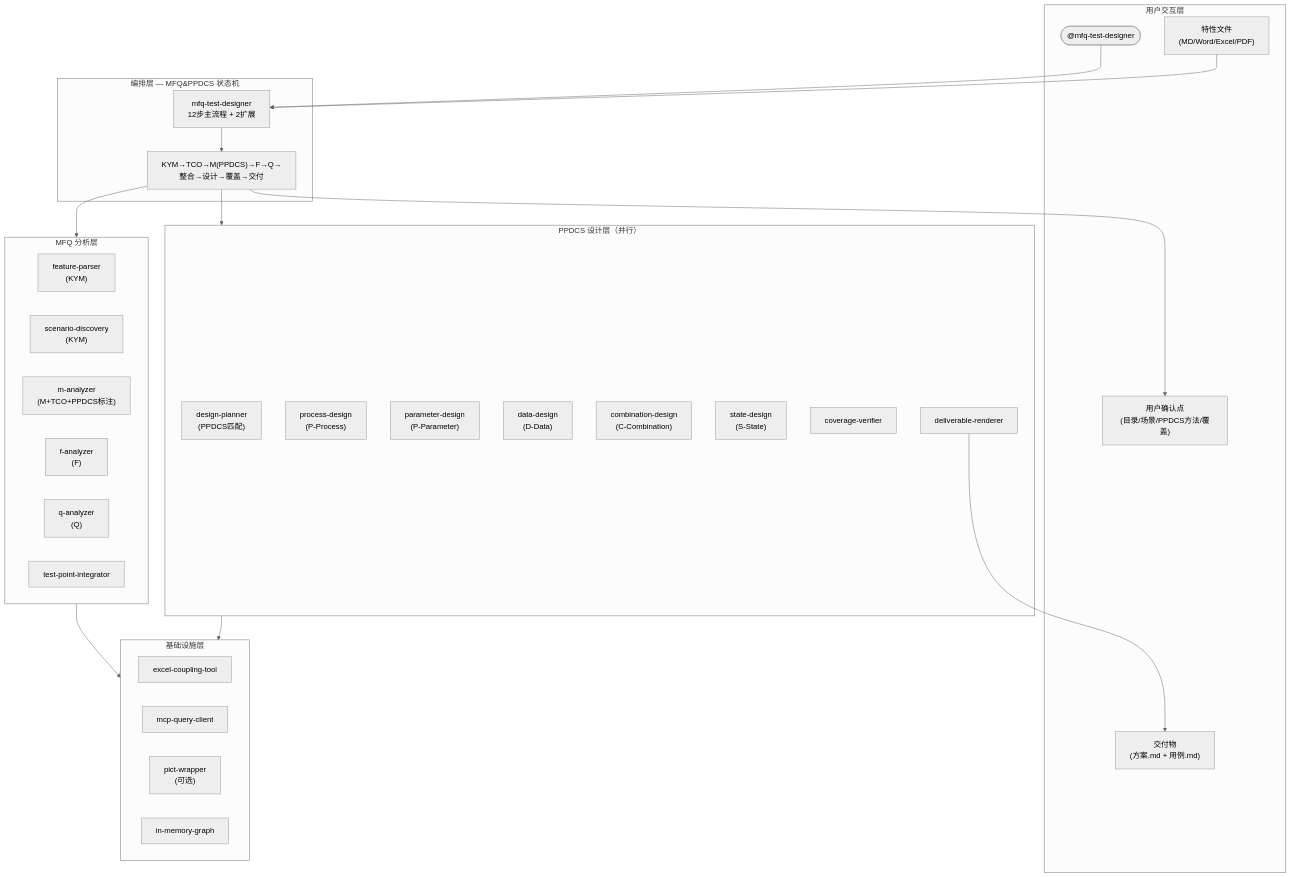
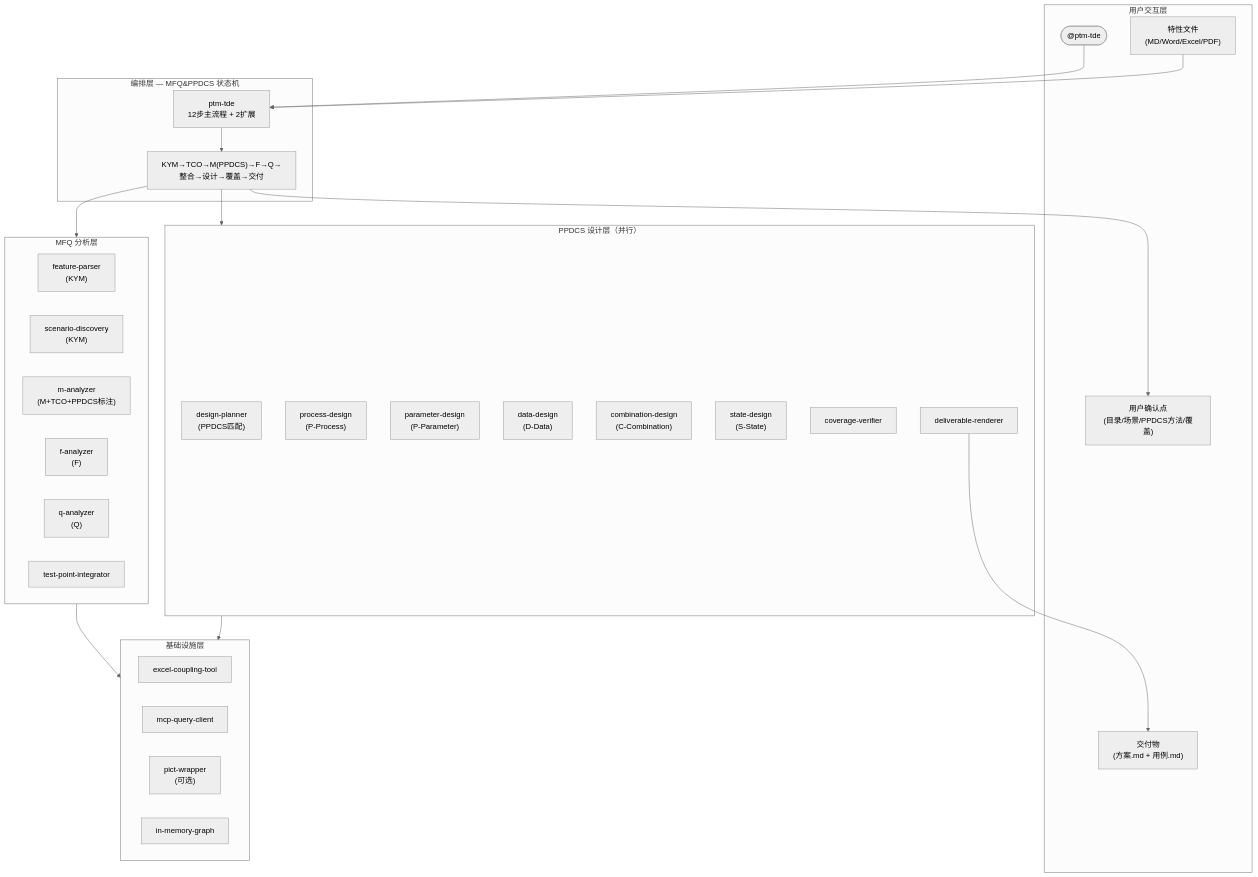
The diagram in .output/SOLUTION-OPTIONS.md (hyde-zhao/meta-flow), drawn with Mermaid (neutral theme) before and after one commit. The commit also changed other lines of this file and 11 other files, not shown here.

First line of the commit message:
rename: mfq-test-designer → ptm-tde

````diff
--- a/.output/SOLUTION-OPTIONS.md
+++ b/.output/SOLUTION-OPTIONS.md
@@ -223,51 +223,51 @@
 ```mermaid
 graph TB
     subgraph L1["用户交互层"]
-        CLI(["@mfq-test-designer"])
+        CLI(["@ptm-tde"])
         FileIn["特性文件<br/>(MD/Word/Excel/PDF)"]
         FileOut["交付物<br/>(方案.md + 用例.md)"]
         Confirm["用户确认点<br/>(目录/场景/PPDCS方法/覆盖)"]
     end
 
     subgraph L2["编排层 — MFQ&PPDCS 状态机"]
-        Agent["mfq-test-designer<br/>12步主流程 + 2扩展"]
+        Agent["ptm-tde<br/>12步主流程 + 2扩展"]
         SM["KYM→TCO→M(PPDCS)→F→Q→整合→设计→覆盖→交付"]
     end
 
     subgraph L3["MFQ 分析层"]
         FP["feature-parser<br/>(KYM)"]
         SD["scenario-discovery<br/>(KYM)"]
         MA["m-analyzer<br/>(M+TCO+PPDCS标注)"]
         FA["f-analyzer<br/>(F)"]
         QA["q-analyzer<br/>(Q)"]
         TPI["test-point-integrator"]
     end
 
     subgraph L4["PPDCS 设计层（并行）"]
         DP["design-planner<br/>(PPDCS匹配)"]
         ProcD["process-design<br/>(P-Process)"]
         ParaD["parameter-design<br/>(P-Parameter)"]
         DataD["data-design<br/>(D-Data)"]
         CombD["combination-design<br/>(C-Combination)"]
         StateD["state-design<br/>(S-State)"]
         CV["coverage-verifier"]
         DR["deliverable-renderer"]
     end
 
     subgraph L5["基础设施层"]
         ExcelRW["excel-coupling-tool"]
         MCP["mcp-query-client"]
         PICT["pict-wrapper<br/>(可选)"]
         GM["in-memory-graph"]
     end
 
     CLI --> Agent
     FileIn --> Agent
     Agent --> SM
     SM --> L3
     SM --> L4
     L3 --> L5
     L4 --> L5
     DR --> FileOut
     SM --> Confirm
 ```
````
